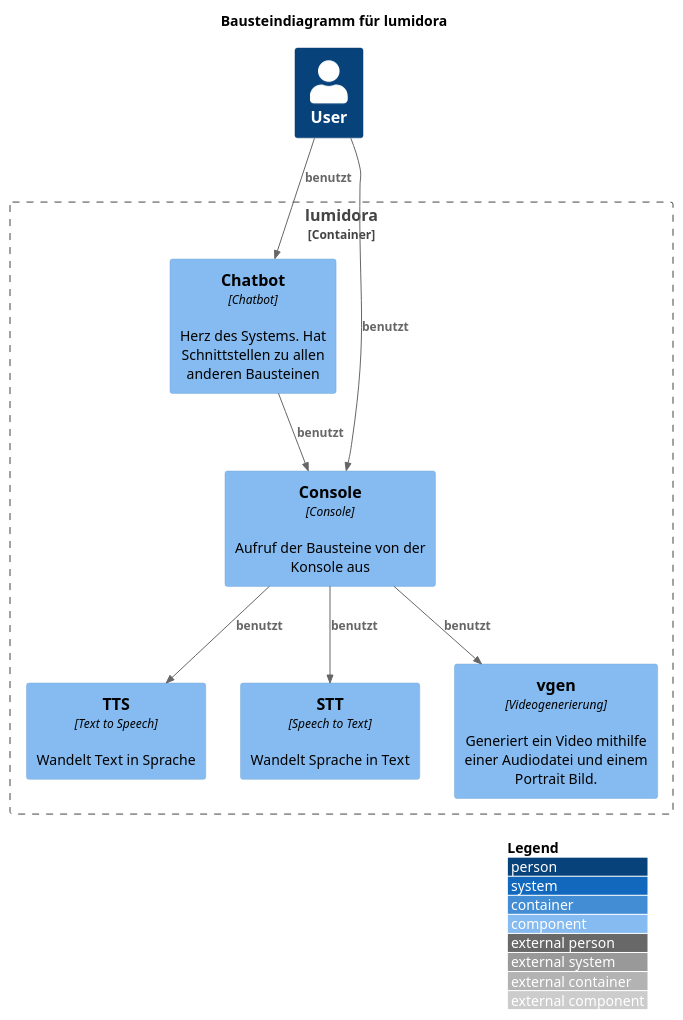
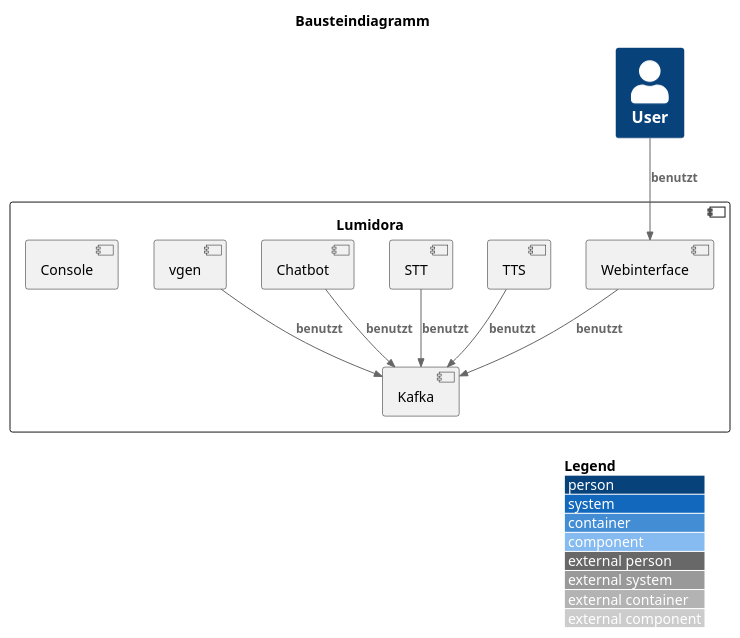
One commit to koshisinthehouse/lumidora-documentation changed the diagram in docs/modules/ROOT/examples/bausteinansicht/bausteinansicht.plantuml. Above: the diagram before and after it, drawn with PlantUML. The commit also changed 6 other files, not shown here.

```diff
--- a/docs/modules/ROOT/examples/bausteinansicht/bausteinansicht.plantuml
+++ b/docs/modules/ROOT/examples/bausteinansicht/bausteinansicht.plantuml
@@ -1,28 +1,31 @@
 @startuml
 !include ../../partials/diagrams/plantuml-stdlib/C4-PlantUML/C4_Component.puml
 
 LAYOUT_WITH_LEGEND()
 
-title Bausteindiagramm für lumidora
+title Bausteindiagramm
 
 Person(benutzer, "User", "")
 
-Container_Boundary(api, "lumidora") {
-    Component(tts, "TTS", "Text to Speech", "Wandelt Text in Sprache")
-    Component(stt, "STT", "Speech to Text", "Wandelt Sprache in Text")
-    Component(chatbot, "Chatbot", "Chatbot", "Herz des Systems. Hat Schnittstellen zu allen anderen Bausteinen")
-    Component(console, "Console", "Console", "Aufruf der Bausteine von der Konsole aus")
-    Component(vgen, "vgen", "Videogenerierung", "Generiert ein Video mithilfe einer Audiodatei und einem Portrait Bild.")
+component "Lumidora" as lumidora {
+
+    component "Webinterface" as webinterface
+    component "Kafka" as kafka
+    component "TTS" as tts
+    component "STT" as stt
+    component "Chatbot" as chatbot
+    component "vgen" as vgen
+
+    component "Console" as console
 
 }
 
-Rel(benutzer, chatbot, "benutzt", "")
-Rel(benutzer, console, "benutzt", "")
+Rel(benutzer, webinterface, "benutzt", "")
+Rel(webinterface, kafka, "benutzt", "")
 
-Rel(chatbot, console, "benutzt", "")
-
-Rel(console, tts, "benutzt", "")
-Rel(console, stt, "benutzt", "")
-Rel(console, vgen, "benutzt", "")
+Rel(chatbot, kafka, "benutzt", "")
+Rel(tts, kafka, "benutzt", "")
+Rel(stt, kafka, "benutzt", "")
+Rel(vgen, kafka, "benutzt", "")
 
 @enduml
```
